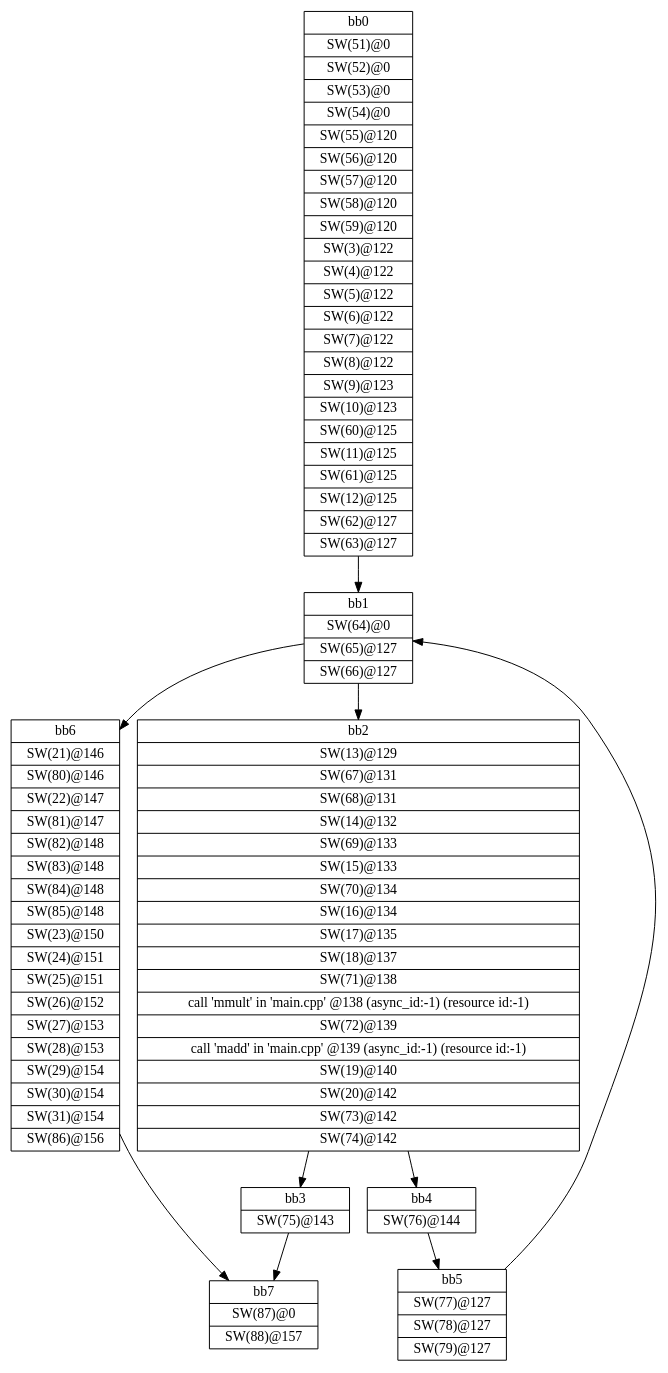
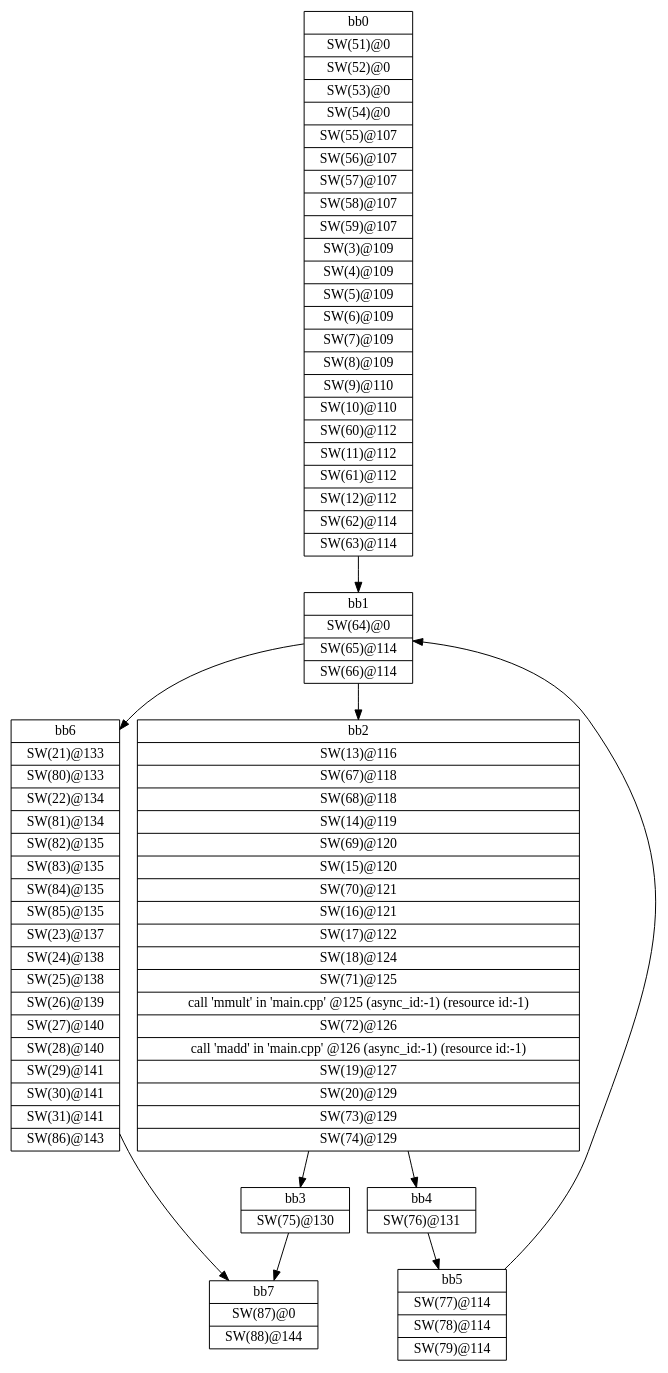
The diagram in lab_2/Release/_sds/.llvm/_px_cdfg_init_mmult_test.dot (goceee/advanced_fpga_and_dsp), drawn with Graphviz before and after one commit. The commit also changed 1365 other files, not shown here.

```diff
--- a/lab_2/Release/_sds/.llvm/_px_cdfg_init_mmult_test.dot
+++ b/lab_2/Release/_sds/.llvm/_px_cdfg_init_mmult_test.dot
@@ -1,20 +1,20 @@
 digraph CDFG {
 node [shape=record];
-bb0 [shape=record, label = "{bb0|<x00000180A648D0A0>SW(51)@0\n|<x00000180A648D820>SW(52)@0\n|<x00000180A648D8C0>SW(53)@0\n|<x00000180A648DA00>SW(54)@0\n|<x00000180A648D1E0>SW(55)@120\n|<x00000180A648DAA0>SW(56)@120\n|<x00000180A648E5E0>SW(57)@120\n|<x00000180A648DBE0>SW(58)@120\n|<x00000180A648E220>SW(59)@120\n|<x00000180A58AEE00>SW(3)@122\n|<x00000180A58AE9A0>SW(4)@122\n|<x00000180A58B0520>SW(5)@122\n|<x00000180A58AE900>SW(6)@122\n|<x00000180A58AF760>SW(7)@122\n|<x00000180A58AEB80>SW(8)@122\n|<x00000180A58AEC20>SW(9)@123\n|<x00000180A58AED60>SW(10)@123\n|<x00000180A648E180>SW(60)@125\n|<x00000180A58AF300>SW(11)@125\n|<x00000180A648DD20>SW(61)@125\n|<x00000180A58AEEA0>SW(12)@125\n|<x00000180A648DFA0>SW(62)@127\n|<x00000180A648E860>SW(63)@127\n}"];
-bb1 [shape=record, label = "{bb1|<x00000180A648E040>SW(64)@0\n|<x00000180A648E400>SW(65)@127\n|<x00000180A6498160>SW(66)@127\n}"];
-bb2 [shape=record, label = "{bb2|<x00000180A58AF9E0>SW(13)@129\n|<x00000180A6498520>SW(67)@131\n|<x00000180A64985C0>SW(68)@131\n|<x00000180A58AEF40>SW(14)@132\n|<x00000180A6497120>SW(69)@133\n|<x00000180A58AF4E0>SW(15)@133\n|<x00000180A6497B20>SW(70)@134\n|<x00000180A58AF8A0>SW(16)@134\n|<x00000180A58AF580>SW(17)@135\n|<x00000180A584EE00>SW(18)@137\n|<x00000180A6498200>SW(71)@138\n|<x00000180A5C7BE60>call 'mmult' in 'main.cpp' @138 (async_id:-1) (resource id:-1)\n|<x00000180A6497A80>SW(72)@139\n|<x00000180A5C7C100>call 'madd' in 'main.cpp' @139 (async_id:-1) (resource id:-1)\n|<x00000180A58AFA80>SW(19)@140\n|<x00000180A648ECC0>SW(20)@142\n|<x00000180A6497BC0>SW(73)@142\n|<x00000180A6496EA0>SW(74)@142\n}"];
-bb3 [shape=record, label = "{bb3|<x00000180A6496E00>SW(75)@143\n}"];
-bb4 [shape=record, label = "{bb4|<x00000180A64988E0>SW(76)@144\n}"];
-bb5 [shape=record, label = "{bb5|<x00000180A6497D00>SW(77)@127\n|<x00000180A6498980>SW(78)@127\n|<x00000180A6498660>SW(79)@127\n}"];
-bb6 [shape=record, label = "{bb6|<x00000180A648E7C0>SW(21)@146\n|<x00000180A64980C0>SW(80)@146\n|<x00000180A648E9A0>SW(22)@147\n|<x00000180A6497C60>SW(81)@147\n|<x00000180A6497DA0>SW(82)@148\n|<x00000180A6496F40>SW(83)@148\n|<x00000180A6497260>SW(84)@148\n|<x00000180A6496FE0>SW(85)@148\n|<x00000180A648EAE0>SW(23)@150\n|<x00000180A648ED60>SW(24)@151\n|<x00000180A648E680>SW(25)@151\n|<x00000180A648E0E0>SW(26)@152\n|<x00000180A648EB80>SW(27)@153\n|<x00000180A648D960>SW(28)@153\n|<x00000180A648D320>SW(29)@154\n|<x00000180A648D500>SW(30)@154\n|<x00000180A648D140>SW(31)@154\n|<x00000180A6497080>SW(86)@156\n}"];
-bb7 [shape=record, label = "{bb7|<x00000180A64982A0>SW(87)@0\n|<x00000180A6497E40>SW(88)@157\n}"];
+bb0 [shape=record, label = "{bb0|<x000001FB333C6340>SW(51)@0\n|<x000001FB333C6A20>SW(52)@0\n|<x000001FB333C6AC0>SW(53)@0\n|<x000001FB333C7420>SW(54)@0\n|<x000001FB333C7600>SW(55)@107\n|<x000001FB333C5BC0>SW(56)@107\n|<x000001FB333C6480>SW(57)@107\n|<x000001FB333C6B60>SW(58)@107\n|<x000001FB333C76A0>SW(59)@107\n|<x000001FB327A1EC0>SW(3)@109\n|<x000001FB327A1600>SW(4)@109\n|<x000001FB327A1060>SW(5)@109\n|<x000001FB327A11A0>SW(6)@109\n|<x000001FB327A23C0>SW(7)@109\n|<x000001FB327A0E80>SW(8)@109\n|<x000001FB327A2460>SW(9)@110\n|<x000001FB327A1920>SW(10)@110\n|<x000001FB333C77E0>SW(60)@112\n|<x000001FB327A1240>SW(11)@112\n|<x000001FB333C7880>SW(61)@112\n|<x000001FB327A2780>SW(12)@112\n|<x000001FB333C7920>SW(62)@114\n|<x000001FB333C5C60>SW(63)@114\n}"];
+bb1 [shape=record, label = "{bb1|<x000001FB333C6160>SW(64)@0\n|<x000001FB333C6520>SW(65)@114\n|<x000001FB333CAD90>SW(66)@114\n}"];
+bb2 [shape=record, label = "{bb2|<x000001FB327A1420>SW(13)@116\n|<x000001FB333CA110>SW(67)@118\n|<x000001FB333C9E90>SW(68)@118\n|<x000001FB327A14C0>SW(14)@119\n|<x000001FB333CB970>SW(69)@120\n|<x000001FB327A1560>SW(15)@120\n|<x000001FB333CA750>SW(70)@121\n|<x000001FB327A19C0>SW(16)@121\n|<x000001FB327A1B00>SW(17)@122\n|<x000001FB3273FE30>SW(18)@124\n|<x000001FB333C9CB0>SW(71)@125\n|<x000001FB333B7C00>call 'mmult' in 'main.cpp' @125 (async_id:-1) (resource id:-1)\n|<x000001FB333CB830>SW(72)@126\n|<x000001FB333B7EA0>call 'madd' in 'main.cpp' @126 (async_id:-1) (resource id:-1)\n|<x000001FB327A1BA0>SW(19)@127\n|<x000001FB333C6F20>SW(20)@129\n|<x000001FB333CA7F0>SW(73)@129\n|<x000001FB333CA890>SW(74)@129\n}"];
+bb3 [shape=record, label = "{bb3|<x000001FB333CAF70>SW(75)@130\n}"];
+bb4 [shape=record, label = "{bb4|<x000001FB333CA6B0>SW(76)@131\n}"];
+bb5 [shape=record, label = "{bb5|<x000001FB333CA430>SW(77)@114\n|<x000001FB333CACF0>SW(78)@114\n|<x000001FB333CB5B0>SW(79)@114\n}"];
+bb6 [shape=record, label = "{bb6|<x000001FB333C67A0>SW(21)@133\n|<x000001FB333CA930>SW(80)@133\n|<x000001FB333C6CA0>SW(22)@134\n|<x000001FB333CA9D0>SW(81)@134\n|<x000001FB333C9F30>SW(82)@135\n|<x000001FB333CAA70>SW(83)@135\n|<x000001FB333CB1F0>SW(84)@135\n|<x000001FB333CA390>SW(85)@135\n|<x000001FB333C7740>SW(23)@137\n|<x000001FB333C5A80>SW(24)@138\n|<x000001FB333C6FC0>SW(25)@138\n|<x000001FB333C63E0>SW(26)@139\n|<x000001FB333C5D00>SW(27)@140\n|<x000001FB333C6660>SW(28)@140\n|<x000001FB333C6C00>SW(29)@141\n|<x000001FB333C7560>SW(30)@141\n|<x000001FB333C7100>SW(31)@141\n|<x000001FB333CAB10>SW(86)@143\n}"];
+bb7 [shape=record, label = "{bb7|<x000001FB333CABB0>SW(87)@0\n|<x000001FB333C9DF0>SW(88)@144\n}"];
 bb0 -> bb1
 bb1 -> bb2
 bb1 -> bb6
 bb2 -> bb3
 bb2 -> bb4
 bb3 -> bb7
 bb4 -> bb5
 bb5 -> bb1
 bb6 -> bb7
 }
```
